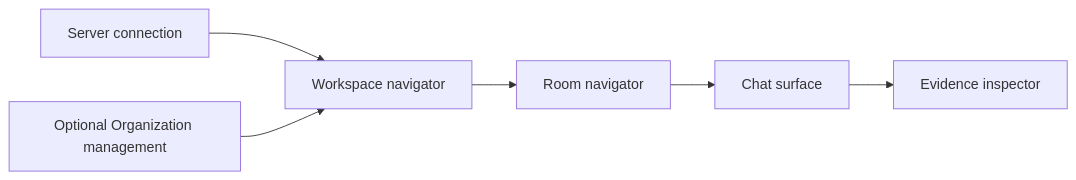
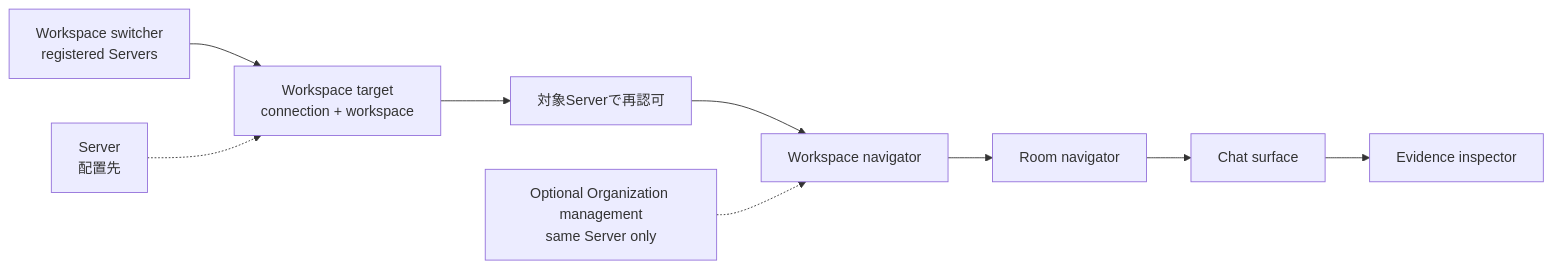
One commit to Takuma-kaho/Samurai-Agent changed the first of 3 diagrams in docs/designs/native-app.md. Above: the diagram before and after it, drawn with Mermaid. The commit also changed other lines of this file and 80 other files, not shown here.

```diff
--- a/docs/designs/native-app.md
+++ b/docs/designs/native-app.md
@@ -54,8 +58,11 @@
 ~~~mermaid
 flowchart LR
-  C[Server connection] --> W[Workspace navigator]
+  SW[Workspace switcher<br/>registered Servers] --> T[Workspace target<br/>connection + workspace]
+  T --> A[対象Serverで再認可]
+  A --> W[Workspace navigator]
   W --> R[Room navigator]
   R --> CH[Chat surface]
   CH --> E[Evidence inspector]
-  O[Optional Organization management] --> W
+  S[Server<br/>配置先] -.-> T
+  O[Optional Organization management<br/>same Server only] -.-> W
 ~~~
```
